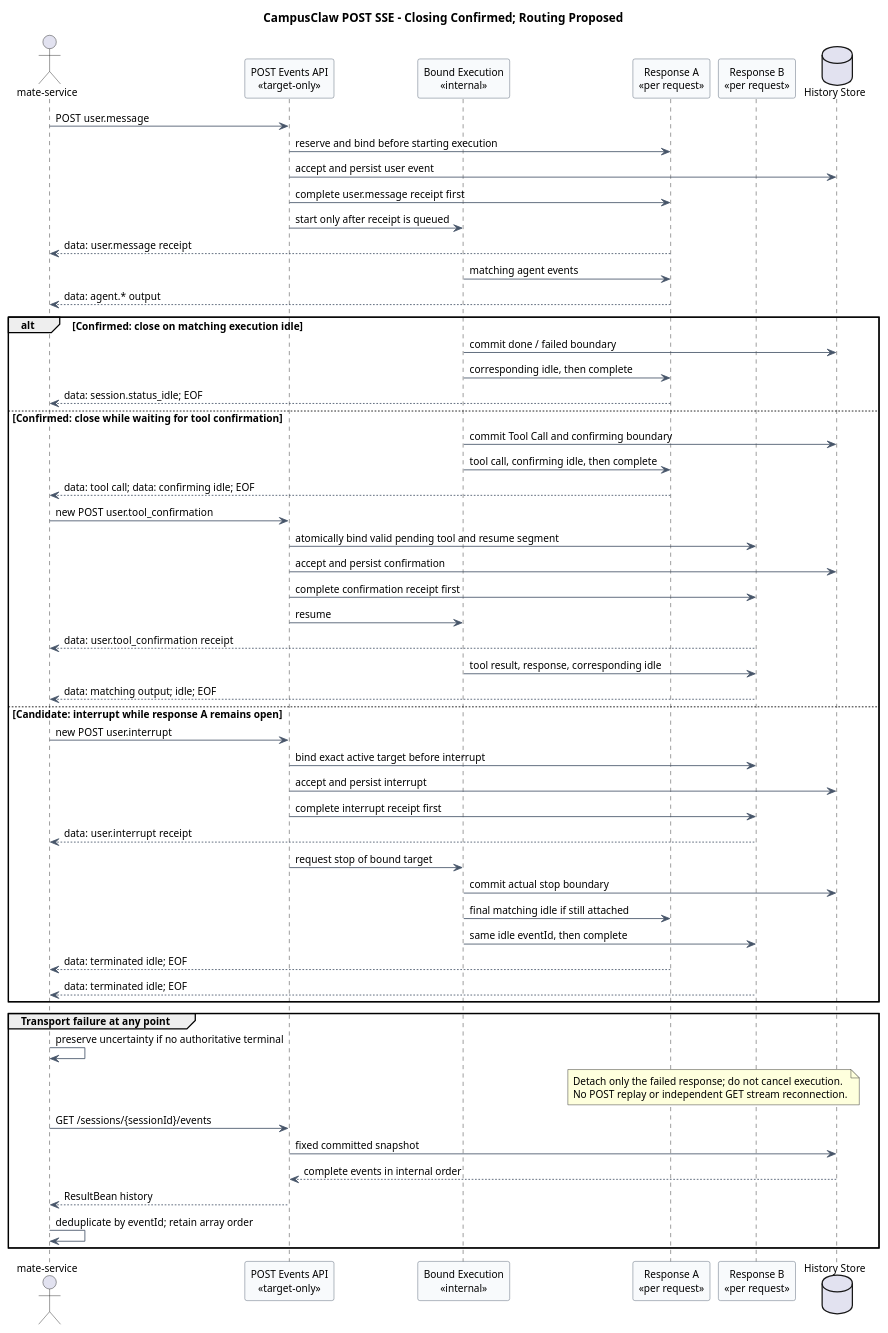
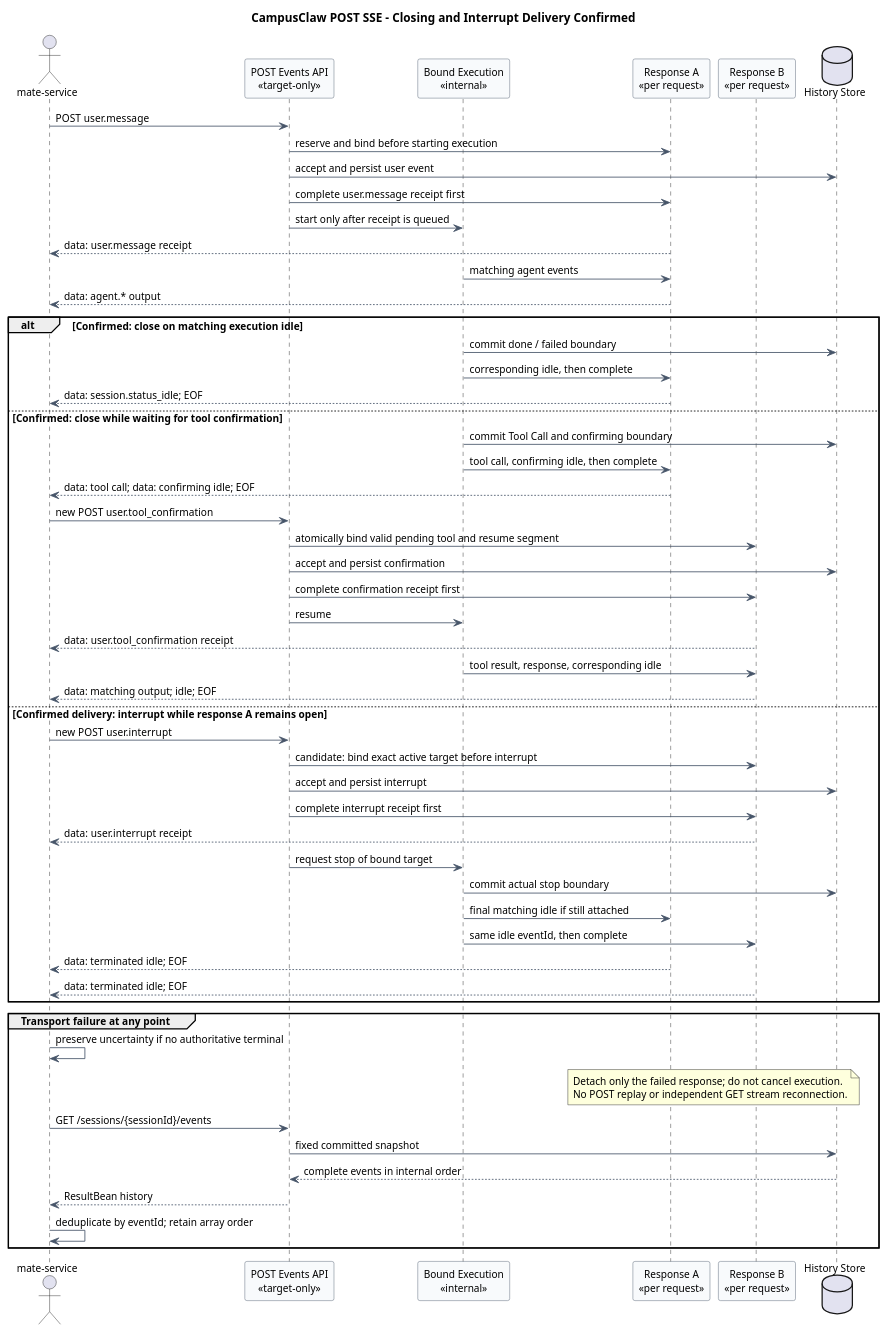
Before and after one commit to ssm0808/pi-mono-java-design: the third of 3 diagrams in 01-总体架构/01-CampusClaw多Agent运行时/设计图/事件接口重设计/diagram.puml, drawn with PlantUML. The commit also changed other lines of this file and 11 other files, not shown here.

```diff
--- a/01-总体架构/01-CampusClaw多Agent运行时/设计图/事件接口重设计/diagram.puml
+++ b/01-总体架构/01-CampusClaw多Agent运行时/设计图/事件接口重设计/diagram.puml
@@ -187,80 +187,81 @@
 @startuml target_session_live_stream_lifecycle
-title CampusClaw POST SSE - Closing Confirmed; Routing Proposed
+title CampusClaw POST SSE - Closing and Interrupt Delivery Confirmed
 ' Stable block name retained for existing SVG links; this is no longer a GET stream.
 ' Source evidence: pi-mono-java 918005ee8ccc88d179fc31a0de17a92b4a01383b.
 ' campusclaw/src/main/java/com/huawei/hicampus/claw/codingagent/runtimeapi/event/RuntimeTerminalEventFactory.java,
 ' emit, lines 34-57: current idle plus stream.end, or stream.error on failure.
 ' campusclaw/src/main/java/com/huawei/hicampus/claw/codingagent/runtimeapi/web/RuntimeSseEmitterSubscriber.java,
 ' onEvent/onComplete, lines 33-49: named SSE; explicit emitter completion.
 ' Confirmed: one POST for input/output, user receipt first, data-only and type+phase.
 ' Confirmed target-only: matching idle ends this response, including confirmation waits.
 ' Design reason: do not keep a completed request open for unrelated later messages.
-' Control binding, idle reason literals and failure details remain unconfirmed.
+' Confirmed: original output stays on A; B receives receipt and the same stop idle only.
+' Instance routing, control binding, idle reason literals and failures remain unconfirmed.
 skinparam backgroundColor #FFFFFF
 skinparam shadowing false
 skinparam defaultFontName Arial
 skinparam defaultFontSize 12
 skinparam sequence {
   ParticipantBackgroundColor #F8FAFC
   ParticipantBorderColor #475569
   ArrowColor #475569
 }
 actor "mate-service" as Client
 participant "POST Events API\n<<target-only>>" as API
 participant "Bound Execution\n<<internal>>" as Execution
 participant "Response A\n<<per request>>" as A
 participant "Response B\n<<per request>>" as B
 database "History Store" as Store
 
 Client -> API : POST user.message
 API -> A : reserve and bind before starting execution
 API -> Store : accept and persist user event
 API -> A : complete user.message receipt first
 API -> Execution : start only after receipt is queued
 A --> Client : data: user.message receipt
 Execution -> A : matching agent events
 A --> Client : data: agent.* output
 
 alt Confirmed: close on matching execution idle
   Execution -> Store : commit done / failed boundary
   Execution -> A : corresponding idle, then complete
   A --> Client : data: session.status_idle; EOF
 else Confirmed: close while waiting for tool confirmation
   Execution -> Store : commit Tool Call and confirming boundary
   Execution -> A : tool call, confirming idle, then complete
   A --> Client : data: tool call; data: confirming idle; EOF
   Client -> API : new POST user.tool_confirmation
   API -> B : atomically bind valid pending tool and resume segment
   API -> Store : accept and persist confirmation
   API -> B : complete confirmation receipt first
   API -> Execution : resume
   B --> Client : data: user.tool_confirmation receipt
   Execution -> B : tool result, response, corresponding idle
   B --> Client : data: matching output; idle; EOF
-else Candidate: interrupt while response A remains open
+else Confirmed delivery: interrupt while response A remains open
   Client -> API : new POST user.interrupt
-  API -> B : bind exact active target before interrupt
+  API -> B : candidate: bind exact active target before interrupt
   API -> Store : accept and persist interrupt
   API -> B : complete interrupt receipt first
   B --> Client : data: user.interrupt receipt
   API -> Execution : request stop of bound target
   Execution -> Store : commit actual stop boundary
   Execution -> A : final matching idle if still attached
   Execution -> B : same idle eventId, then complete
   A --> Client : data: terminated idle; EOF
   B --> Client : data: terminated idle; EOF
 end
 
 group Transport failure at any point
   Client -> Client : preserve uncertainty if no authoritative terminal
   note over A,B
   Detach only the failed response; do not cancel execution.
   No POST replay or independent GET stream reconnection.
   end note
   Client -> API : GET /sessions/{sessionId}/events
   API -> Store : fixed committed snapshot
   Store --> API : complete events in internal order
   API --> Client : ResultBean history
   Client -> Client : deduplicate by eventId; retain array order
 end
 @enduml
```
